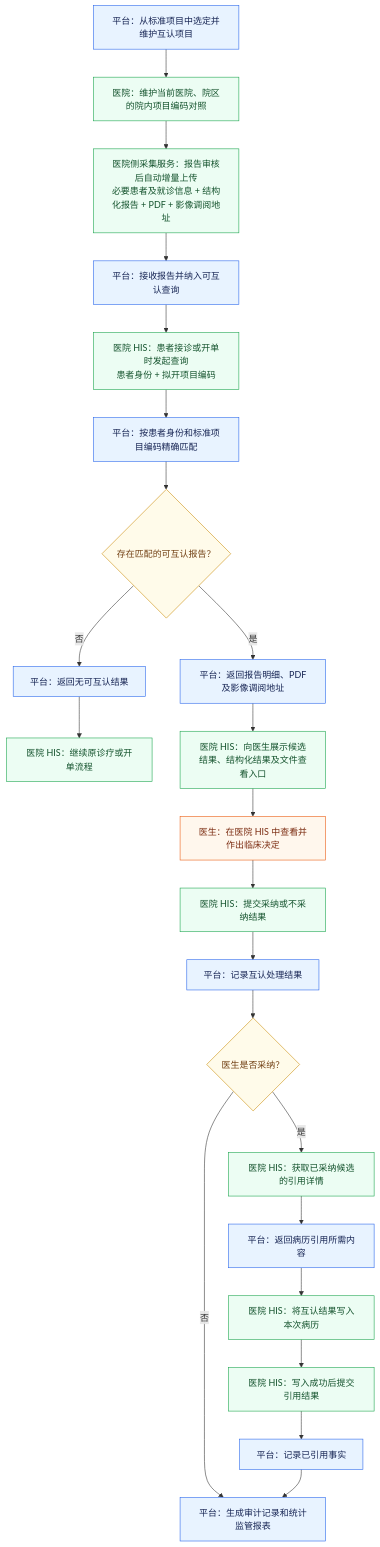
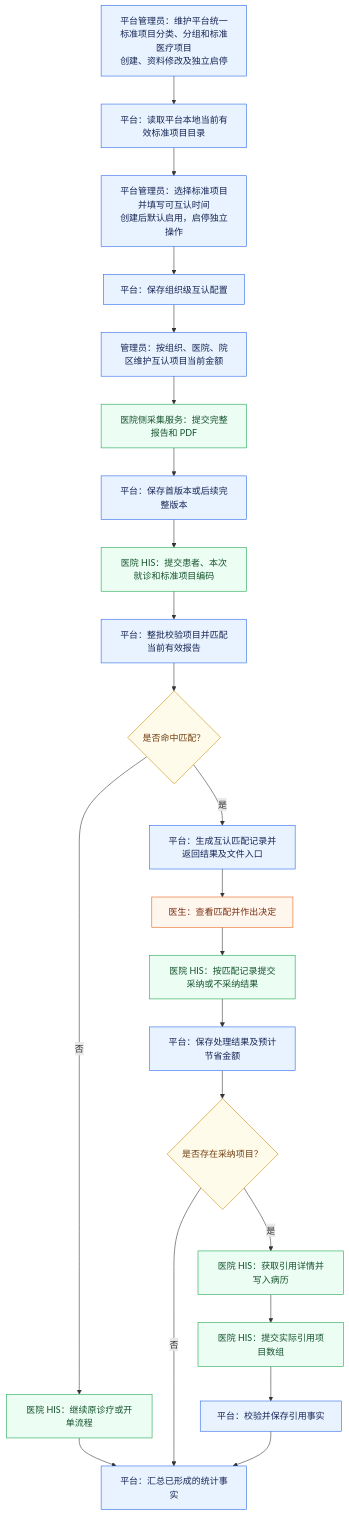
Before and after one commit to taskMain/Lis: the first of 6 diagrams in docs/流程图.md, drawn with Mermaid. The commit also changed other lines of this file and 446 other files, not shown here.

````diff
--- a/docs/流程图.md
+++ b/docs/流程图.md
@@ -14,40 +14,38 @@
 ```mermaid
 flowchart TD
-    P1["平台：从标准项目中选定并维护互认项目"]
-    H2["医院：维护当前医院、院区的院内项目编码对照"]
-    H3["医院侧采集服务：报告审核后自动增量上传<br/>必要患者及就诊信息 + 结构化报告 + PDF + 影像调阅地址"]
-    P5["平台：接收报告并纳入可互认查询"]
-    H5["医院 HIS：患者接诊或开单时发起查询<br/>患者身份 + 拟开项目编码"]
-    P11["平台：按患者身份和标准项目编码精确匹配"]
-    R3{"存在匹配的可互认报告？"}
-    P12["平台：返回无可互认结果"]
-    H6["医院 HIS：继续原诊疗或开单流程"]
-    P13["平台：返回报告明细、PDF及影像调阅地址"]
-    H7["医院 HIS：向医生展示候选结果、结构化结果及文件查看入口"]
-    D1["医生：在医院 HIS 中查看并作出临床决定"]
-    H11["医院 HIS：提交采纳或不采纳结果"]
-    P14["平台：记录互认处理结果"]
-    R4{"医生是否采纳？"}
-    H12["医院 HIS：获取已采纳候选的引用详情"]
-    P16["平台：返回病历引用所需内容"]
-    H13["医院 HIS：将互认结果写入本次病历"]
-    H14["医院 HIS：写入成功后提交引用结果"]
-    P17["平台：记录已引用事实"]
-    P15["平台：生成审计记录和统计监管报表"]
+    P1["平台管理员：维护平台统一标准项目分类、分组和标准医疗项目\n创建、资料修改及独立启停"]
+    P2["平台：读取平台本地当前有效标准项目目录"]
+    P3["平台管理员：选择标准项目并填写可互认时间<br/>创建后默认启用，启停独立操作"]
+    P4["平台：保存组织级互认配置"]
+    P5["管理员：按组织、医院、院区维护互认项目当前金额"]
+    H1["医院侧采集服务：提交完整报告和 PDF"]
+    P6["平台：保存首版本或后续完整版本"]
+    H2["医院 HIS：提交患者、本次就诊和标准项目编码"]
+    P7["平台：整批校验项目并匹配当前有效报告"]
+    R1{"是否命中匹配？"}
+    H3["医院 HIS：继续原诊疗或开单流程"]
+    P8["平台：生成互认匹配记录并返回结果及文件入口"]
+    D1["医生：查看匹配并作出决定"]
+    H4["医院 HIS：按匹配记录提交采纳或不采纳结果"]
+    P9["平台：保存处理结果及预计节省金额"]
+    R2{"是否存在采纳项目？"}
+    H5["医院 HIS：获取引用详情并写入病历"]
+    H6["医院 HIS：提交实际引用项目数组"]
+    P10R["平台：校验并保存引用事实"]
+    P10["平台：汇总已形成的统计事实"]
 
-    P1 --> H2 --> H3 --> P5 --> H5 --> P11 --> R3
-    R3 -- "否" --> P12 --> H6
-    R3 -- "是" --> P13 --> H7 --> D1 --> H11 --> P14 --> R4
-    R4 -- "否" --> P15
-    R4 -- "是" --> H12 --> P16 --> H13 --> H14 --> P17 --> P15
+    P1 --> P2 --> P3 --> P4 --> P5 --> H1 --> P6 --> H2 --> P7 --> R1
+    R1 -- "否" --> H3 --> P10
+    R1 -- "是" --> P8 --> D1 --> H4 --> P9 --> R2
+    R2 -- "否" --> P10
+    R2 -- "是" --> H5 --> H6 --> P10R --> P10
 
     classDef platform fill:#e8f3ff,stroke:#2563eb,color:#172554;
     classDef hospital fill:#ecfdf3,stroke:#16a34a,color:#14532d;
     classDef doctor fill:#fff7ed,stroke:#ea580c,color:#7c2d12;
     classDef decision fill:#fffbea,stroke:#ca8a04,color:#713f12;
-
-    class P1,P5,P11,P12,P13,P14,P15,P16,P17 platform;
-    class H2,H3,H5,H6,H7,H11,H12,H13,H14 hospital;
+    class P1,P2,P3,P4,P5,P6,P7,P8,P9,P10R,P10 platform;
+    class H1,H2,H3,H4,H5,H6 hospital;
     class D1 doctor;
-    class R3,R4 decision;
+    class R1,R2 decision;
 ```
````
